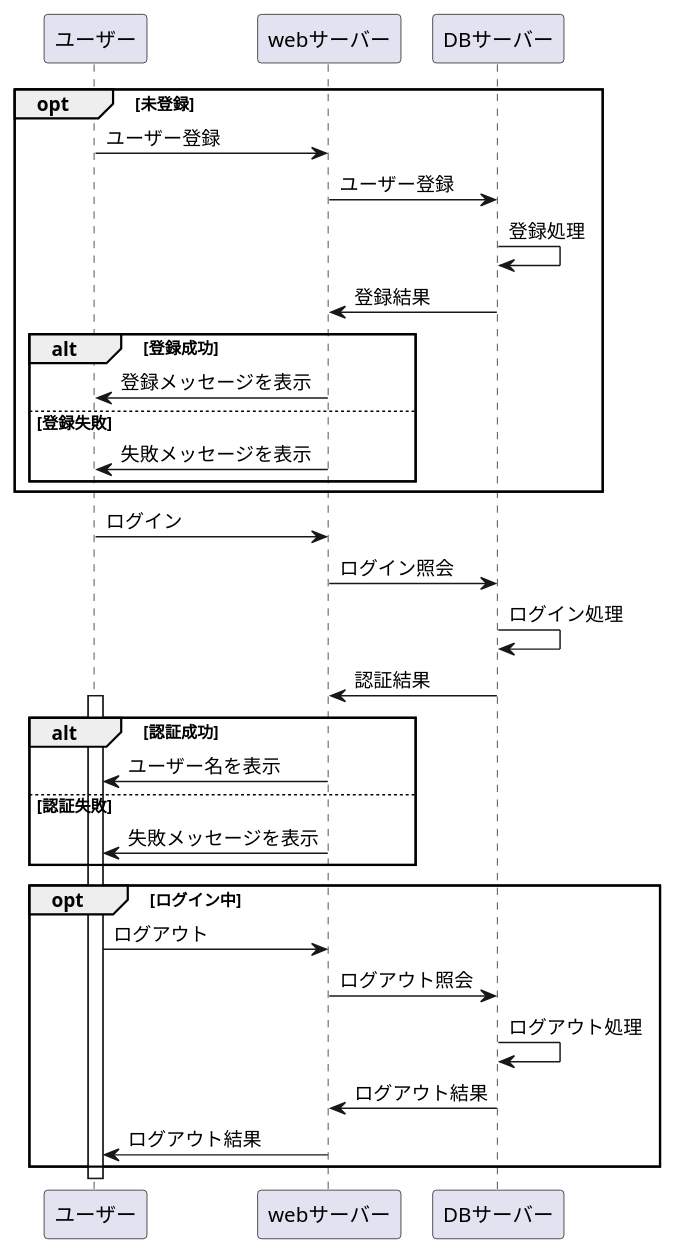
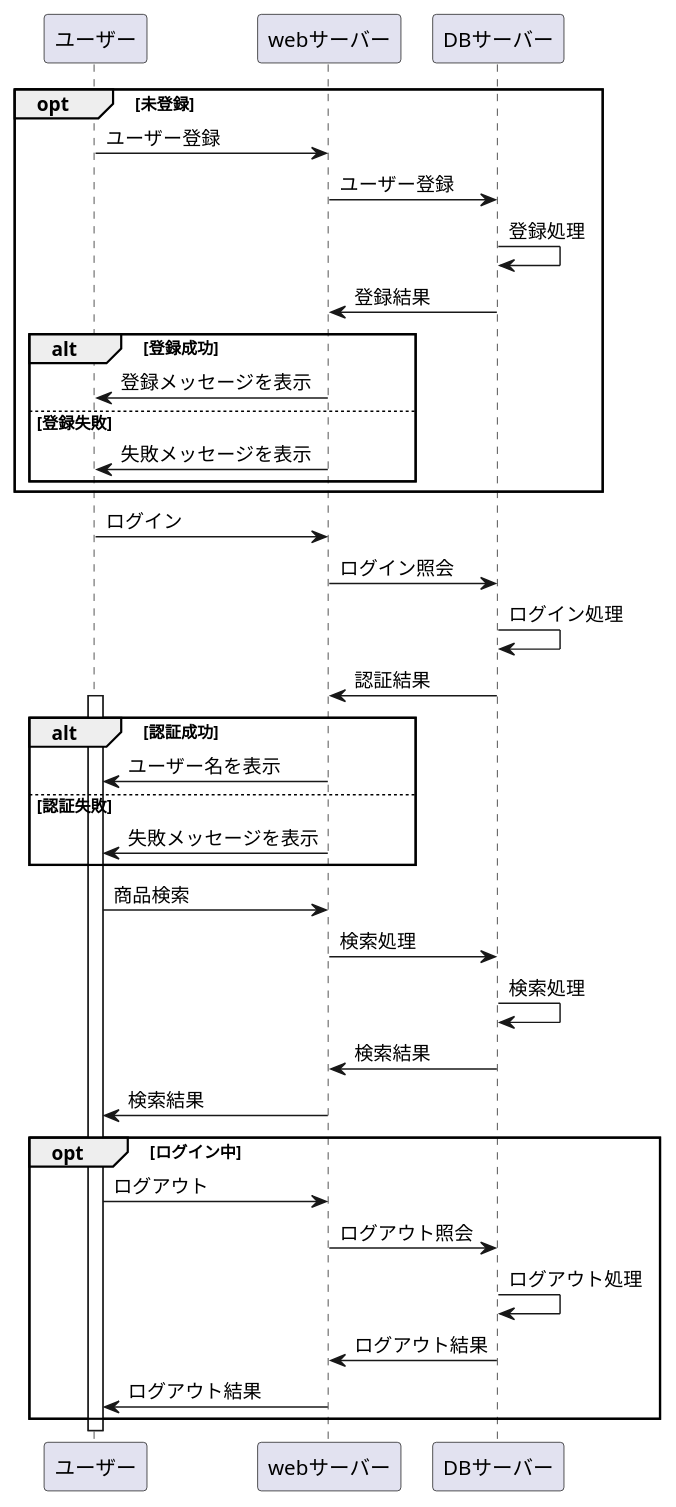
One commit to Aso2001160/2021sys-design changed the diagram in samplef.md. Above: the diagram before and after it, drawn with PlantUML.

````diff
--- a/samplef.md
+++ b/samplef.md
@@ -1,37 +1,44 @@
 ```uml
 @startuml
 opt 未登録
 ユーザー->webサーバー:ユーザー登録
 webサーバー->DBサーバー:ユーザー登録
 DBサーバー->DBサーバー:登録処理
 DBサーバー->webサーバー:登録結果
  alt 登録成功
   webサーバー->ユーザー:登録メッセージを表示
  else 登録失敗
   webサーバー->ユーザー:失敗メッセージを表示
  end
 end
 
 
 ユーザー->webサーバー:ログイン
 webサーバー->DBサーバー:ログイン照会
 DBサーバー->DBサーバー:ログイン処理
 DBサーバー->webサーバー:認証結果
 
 activate ユーザー
 alt 認証成功
  webサーバー->ユーザー:ユーザー名を表示
 else 認証失敗
  webサーバー->ユーザー:失敗メッセージを表示
 end
+
+ユーザー->webサーバー:商品検索
+webサーバー->DBサーバー:検索処理
+DBサーバー->DBサーバー:検索処理
+DBサーバー->webサーバー:検索結果
+webサーバー->ユーザー:検索結果
+
 opt ログイン中
 ユーザー->webサーバー:ログアウト
 webサーバー->DBサーバー:ログアウト照会
 DBサーバー->DBサーバー:ログアウト処理
 DBサーバー->webサーバー:ログアウト結果
 webサーバー->ユーザー:ログアウト結果
 end
 
 activate ユーザー
 @enduml
 ```
````
